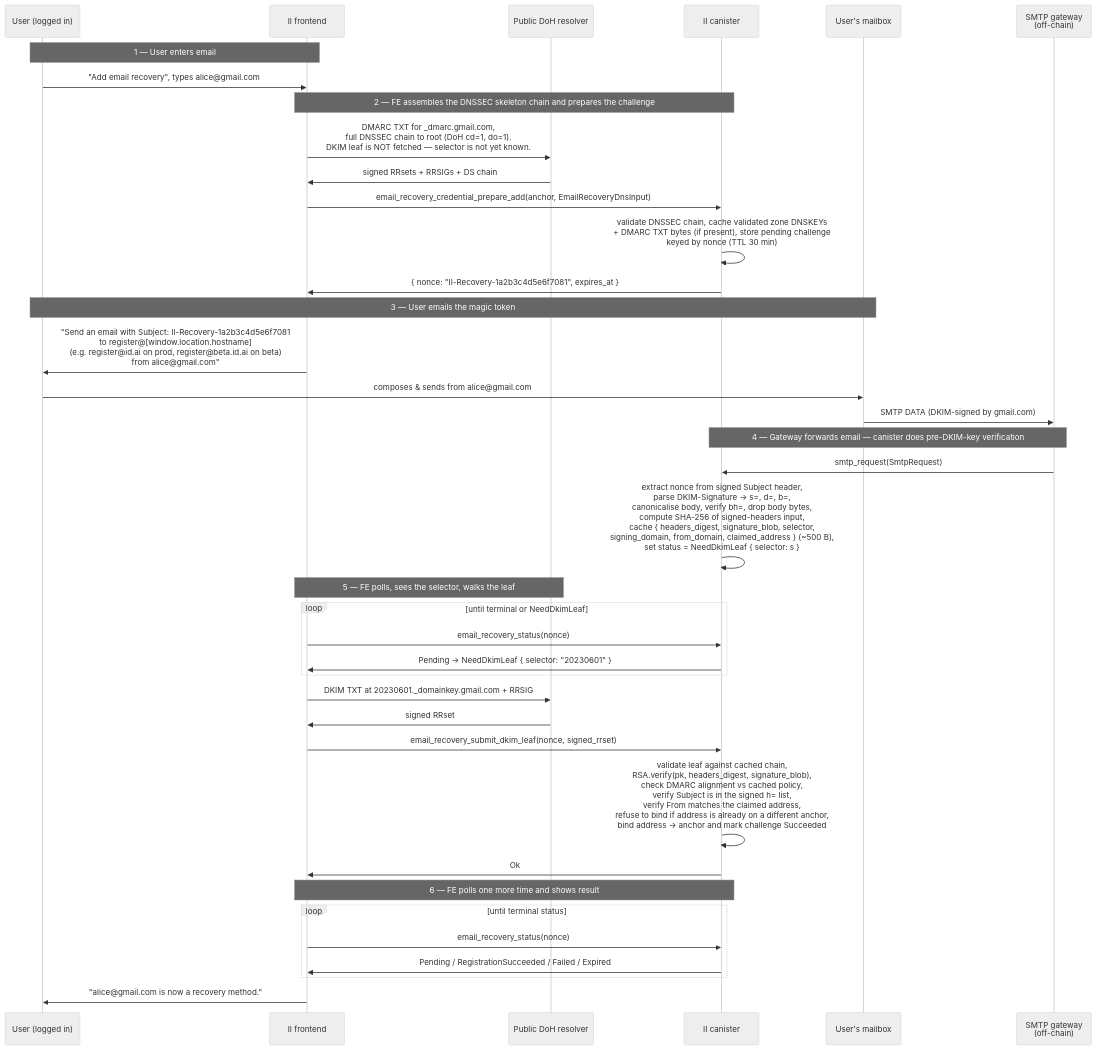
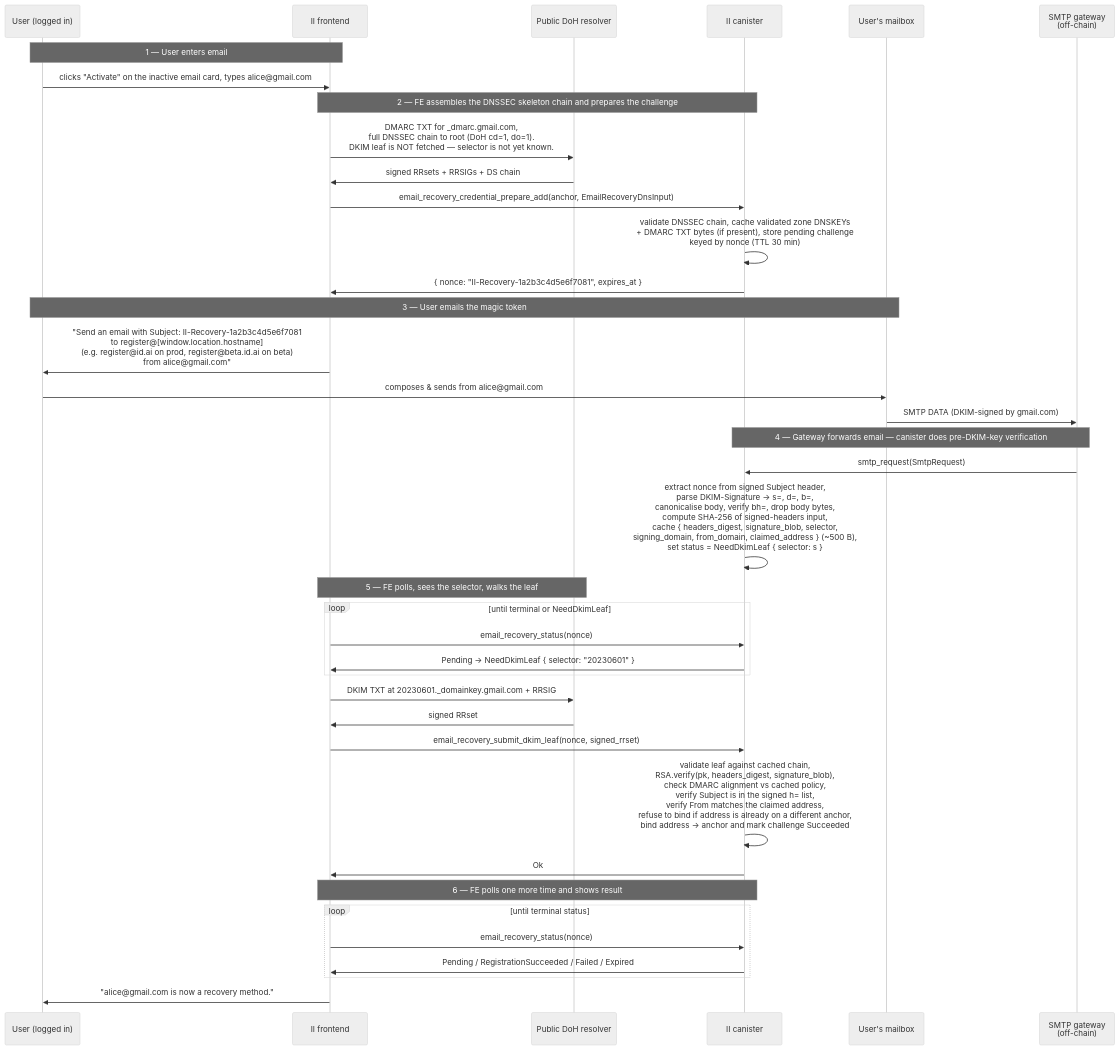
One commit to dfinity/internet-identity changed the second of 3 diagrams in docs/ongoing/email-recovery.md. Above: the diagram before and after it, drawn with Mermaid (neutral theme). The commit also changed other lines of this file, not shown here.

First line of the commit message:
design(email-recovery): refresh §8.6 mockups + UX prose for PR #3857

````diff
--- a/docs/ongoing/email-recovery.md
+++ b/docs/ongoing/email-recovery.md
@@ -1056,46 +1056,46 @@
 ```mermaid
 sequenceDiagram
     participant U as User (logged in)
     participant FE as II frontend
     participant DNS as Public DoH resolver
     participant II as II canister
     participant Mail as User's mailbox
     participant GW as SMTP gateway<br/>(off-chain)
 
     Note over U,FE: 1 — User enters email
-    U->>FE: "Add email recovery", types alice@gmail.com
+    U->>FE: clicks "Activate" on the inactive email card, types alice@gmail.com
 
     Note over FE,II: 2 — FE assembles the DNSSEC skeleton chain and prepares the challenge
     FE->>DNS: DMARC TXT for _dmarc.gmail.com,<br/>full DNSSEC chain to root (DoH cd=1, do=1).<br/>DKIM leaf is NOT fetched — selector is not yet known.
     DNS->>FE: signed RRsets + RRSIGs + DS chain
     FE->>II: email_recovery_credential_prepare_add(anchor, EmailRecoveryDnsInput)
     II->>II: validate DNSSEC chain, cache validated zone DNSKEYs<br/>+ DMARC TXT bytes (if present), store pending challenge<br/>keyed by nonce (TTL 30 min)
     II->>FE: { nonce: "II-Recovery-1a2b3c4d5e6f7081", expires_at }
 
     Note over U,Mail: 3 — User emails the magic token
     FE->>U: "Send an email with Subject: II-Recovery-1a2b3c4d5e6f7081<br/>to register@[window.location.hostname]<br/>(e.g. register@id.ai on prod, register@beta.id.ai on beta)<br/>from alice@gmail.com"
     U->>Mail: composes & sends from alice@gmail.com
     Mail->>GW: SMTP DATA (DKIM-signed by gmail.com)
 
     Note over GW,II: 4 — Gateway forwards email — canister does pre-DKIM-key verification
     GW->>II: smtp_request(SmtpRequest)
     II->>II: extract nonce from signed Subject header,<br/>parse DKIM-Signature → s=, d=, b=,<br/>canonicalise body, verify bh=, drop body bytes,<br/>compute SHA-256 of signed-headers input,<br/>cache { headers_digest, signature_blob, selector,<br/>signing_domain, from_domain, claimed_address } (~500 B),<br/>set status = NeedDkimLeaf { selector: s }
 
     Note over FE,DNS: 5 — FE polls, sees the selector, walks the leaf
     loop until terminal or NeedDkimLeaf
         FE->>II: email_recovery_status(nonce)
         II->>FE: Pending → NeedDkimLeaf { selector: "20230601" }
     end
     FE->>DNS: DKIM TXT at 20230601._domainkey.gmail.com + RRSIG
     DNS->>FE: signed RRset
     FE->>II: email_recovery_submit_dkim_leaf(nonce, signed_rrset)
     II->>II: validate leaf against cached chain,<br/>RSA.verify(pk, headers_digest, signature_blob),<br/>check DMARC alignment vs cached policy,<br/>verify Subject is in the signed h= list,<br/>verify From matches the claimed address,<br/>refuse to bind if address is already on a different anchor,<br/>bind address → anchor and mark challenge Succeeded
     II->>FE: Ok
 
     Note over FE,II: 6 — FE polls one more time and shows result
     loop until terminal status
         FE->>II: email_recovery_status(nonce)
         II->>FE: Pending / RegistrationSucceeded / Failed / Expired
     end
     FE->>U: "alice@gmail.com is now a recovery method."
 ```
````
